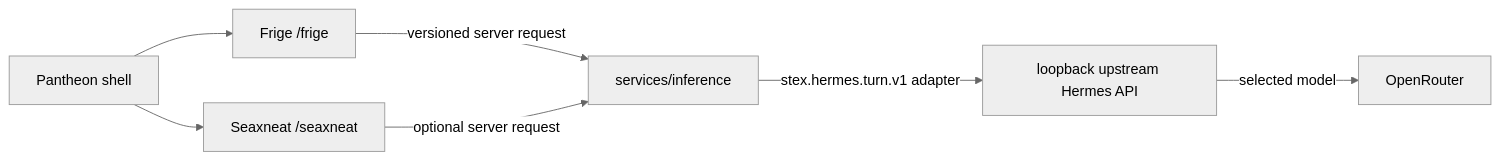
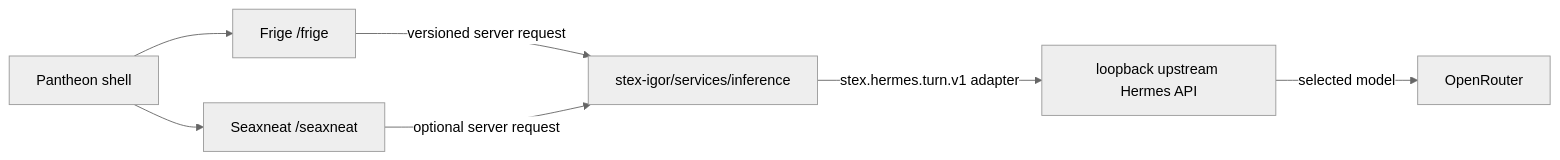
The diagram in docs/WHITEPAPER.md (St-Expedite-Press/stex-suite), drawn with Mermaid (neutral theme) before and after one commit. The commit also changed other lines of this file and 102 other files, not shown here.

First line of the commit message:
refactor: move the hosted-VM stack into the stex-igor submodule (I3)

````diff
--- a/docs/WHITEPAPER.md
+++ b/docs/WHITEPAPER.md
@@ -5,9 +5,9 @@
 ```mermaid
 flowchart LR
   Shell[Pantheon shell] --> Frige[Frige /frige]
   Shell --> Seaxneat[Seaxneat /seaxneat]
-  Frige -->|versioned server request| Gateway[services/inference]
+  Frige -->|versioned server request| Gateway[stex-igor/services/inference]
   Seaxneat -->|optional server request| Gateway
   Gateway -->|stex.hermes.turn.v1 adapter| Hermes[loopback upstream Hermes API]
   Hermes -->|selected model| OpenRouter[OpenRouter]
 ```
````
